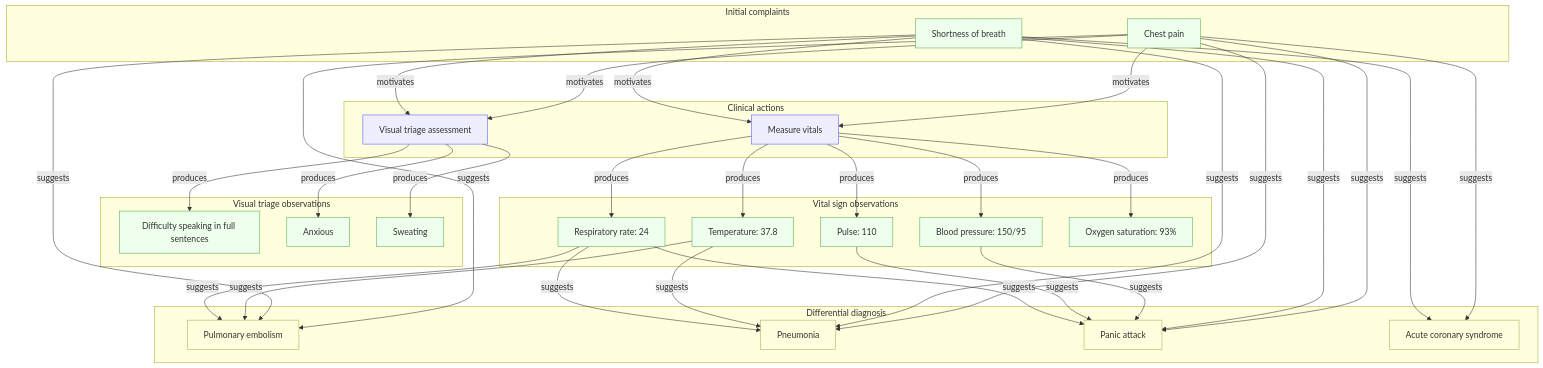
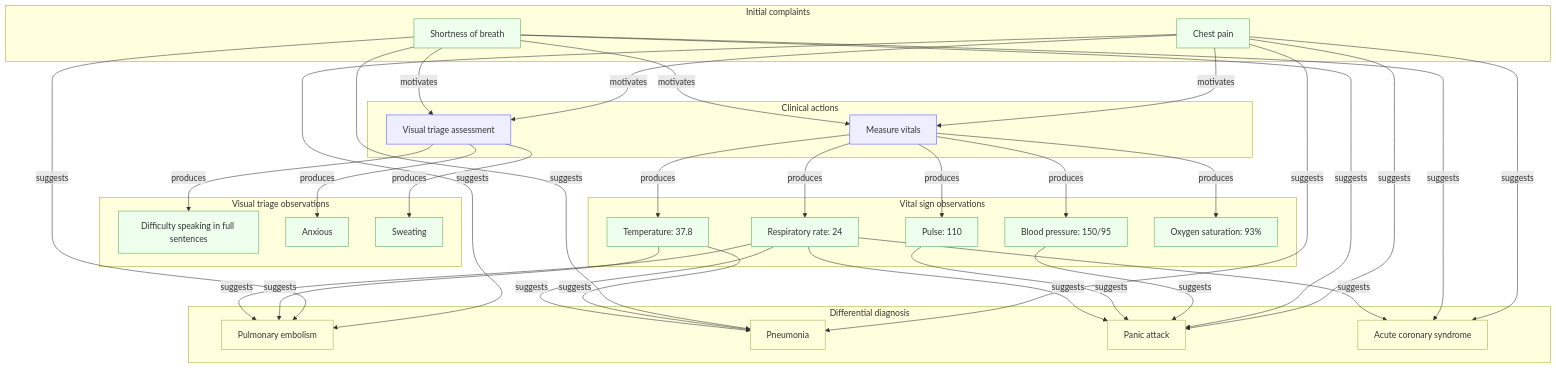
Before and after one commit to kahunacohen/why: the diagram in diagrams/medical.mmd, drawn with Mermaid.

```diff
--- a/diagrams/medical.mmd
+++ b/diagrams/medical.mmd
@@ -1,94 +1,95 @@
 flowchart TD
 
   %% =========================
   %% INITIAL PRESENTATION
   %% =========================
   subgraph initial["Initial complaints"]
     O1["Chest pain"]
     O2["Shortness of breath"]
   end
 
   %% =========================
   %% ACTIONS
   %% =========================
   subgraph actions["Clinical actions"]
     A1["Visual triage assessment"]
     A2["Measure vitals"]
   end
 
   %% Initial complaints motivate actions
   O1 -->|motivates| A1
   O2 -->|motivates| A1
   O1 -->|motivates| A2
   O2 -->|motivates| A2
 
   %% =========================
   %% VISUAL TRIAGE OBSERVATIONS
   %% =========================
   subgraph visual["Visual triage observations"]
     O6["Difficulty speaking in full sentences"]
     O7["Anxious"]
     O8["Sweating"]
   end
 
   A1 -->|produces| O6
   A1 -->|produces| O7
   A1 -->|produces| O8
 
   %% =========================
   %% VITAL SIGNS
   %% =========================
   subgraph vitals["Vital sign observations"]
     O3["Blood pressure: 150/95"]
     O4["Pulse: 110"]
     O5["Temperature: 37.8"]
     O9["Respiratory rate: 24"]
     O10["Oxygen saturation: 93%"]
   end
 
   A2 -->|produces| O3
   A2 -->|produces| O4
   A2 -->|produces| O5
   A2 -->|produces| O9
   A2 -->|produces| O10
 
   %% =========================
   %% HYPOTHESES
   %% =========================
   subgraph hypotheses["Differential diagnosis"]
     H1["Pulmonary embolism"]
     H2["Pneumonia"]
     H3["Panic attack"]
     H4["Acute coronary syndrome"]
   end
 
   %% Observations → hypotheses (unchanged semantics)
   O1 -->|suggests| H1
   O1 -->|suggests| H2
   O1 -->|suggests| H3
   O1 -->|suggests| H4
 
   O2 -->|suggests| H1
   O2 -->|suggests| H2
   O2 -->|suggests| H3
   O2 -->|suggests| H4
 
   O3 -->|suggests| H3
   O4 -->|suggests| H3
   O9 -->|suggests| H3
 
   O5 -->|suggests| H2
   O5 -->|suggests| H1
   O9 -->|suggests| H1
   O9 -->|suggests| H2
+  O9 -->|suggests| H4
 
   %% =========================
   %% STYLES
   %% =========================
   classDef obs fill:#efe,stroke:#5a5
   classDef action fill:#eef,stroke:#55f
   classDef hyp fill:#ffd,stroke:#aa5
 
   class O1,O2,O3,O4,O5,O6,O7,O8,O9,O10 obs
   class A1,A2 action
   class H1,H2,H3,H4 hyp
```
